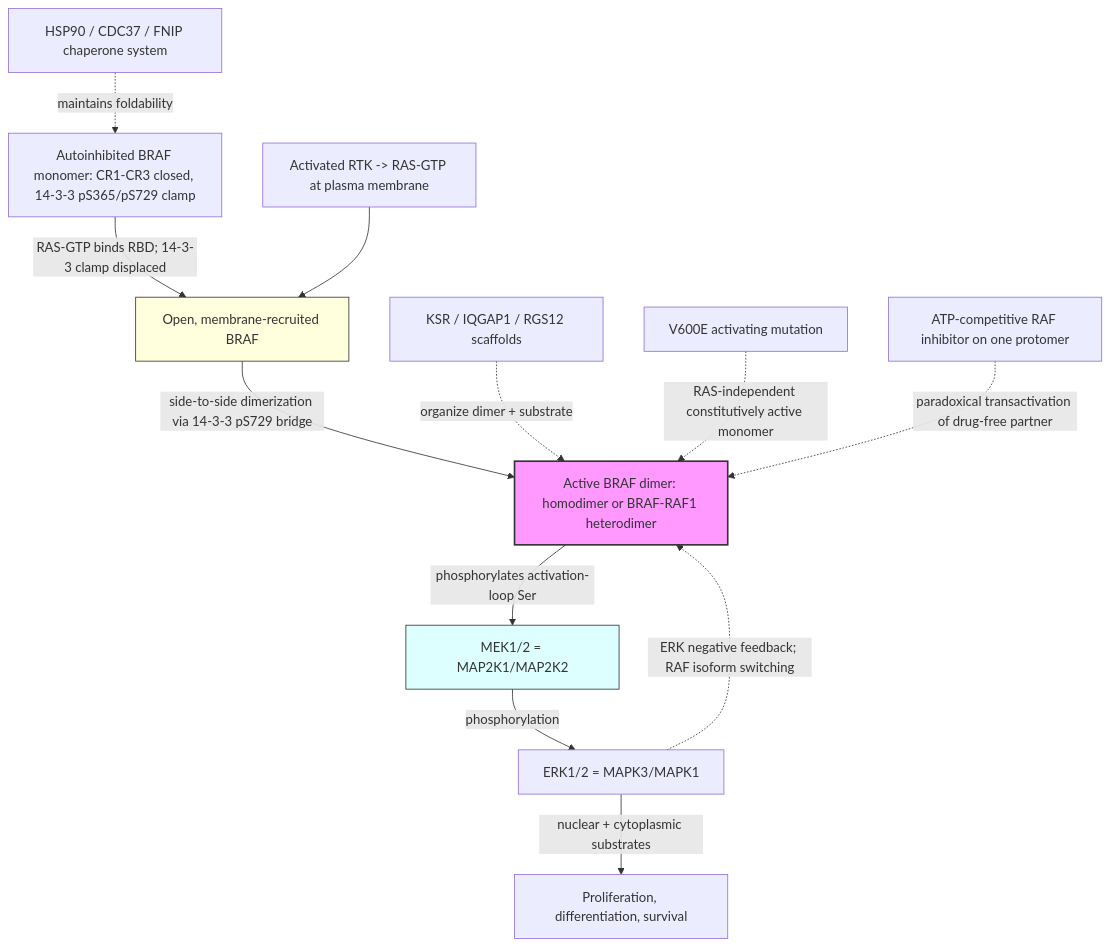
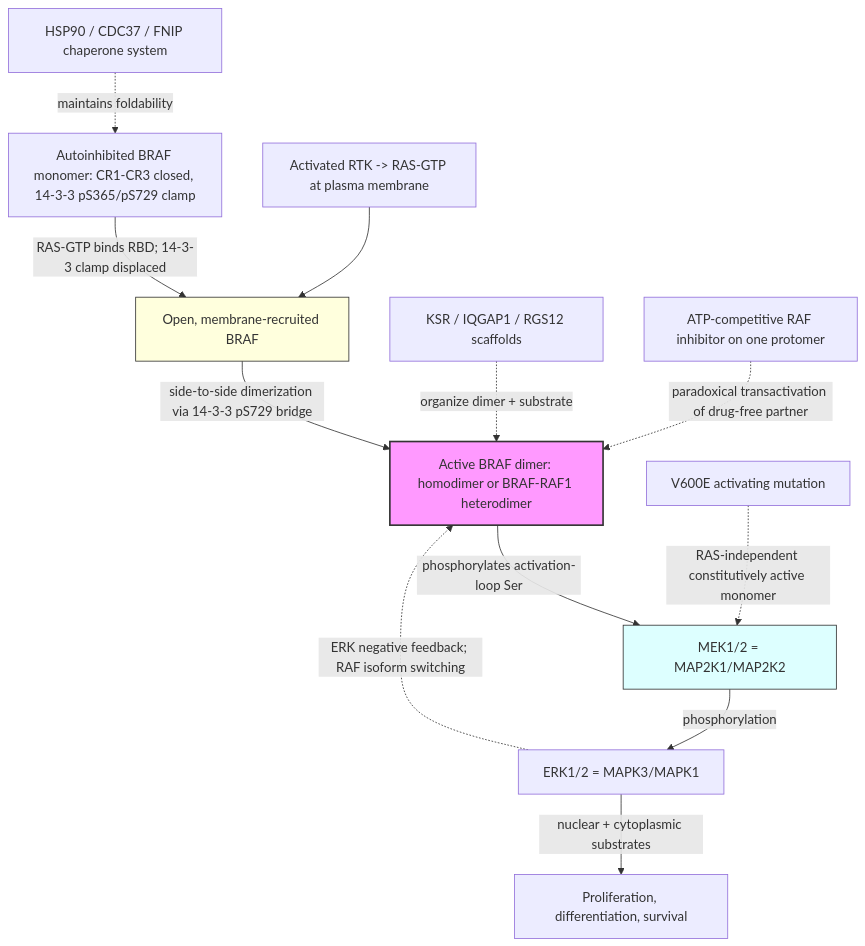
One commit to ai4curation/ai-gene-review changed the diagram in genes/human/BRAF/BRAF-pathway.md. Above: the diagram before and after it, drawn with Mermaid. The commit also changed other lines of this file, not shown here.

First line of the commit message:
BRAF pathway: drop misapplied PMID:16888650; fix V600E mermaid target (#344)

````diff
--- a/genes/human/BRAF/BRAF-pathway.md
+++ b/genes/human/BRAF/BRAF-pathway.md
@@ -22,22 +22,22 @@
 ```mermaid
 graph TD
     A["Autoinhibited BRAF monomer: CR1-CR3 closed, 14-3-3 pS365/pS729 clamp"] -->|"RAS-GTP binds RBD; 14-3-3 clamp displaced"| B["Open, membrane-recruited BRAF"]
 
     C["Activated RTK -> RAS-GTP at plasma membrane"] --> B
     D["HSP90 / CDC37 / FNIP chaperone system"] -.->|"maintains foldability"| A
 
     B -->|"side-to-side dimerization via 14-3-3 pS729 bridge"| E["Active BRAF dimer: homodimer or BRAF-RAF1 heterodimer"]
     F["KSR / IQGAP1 / RGS12 scaffolds"] -.->|"organize dimer + substrate"| E
 
     E -->|"phosphorylates activation-loop Ser"| G["MEK1/2 = MAP2K1/MAP2K2"]
     G -->|"phosphorylation"| H["ERK1/2 = MAPK3/MAPK1"]
     H -->|"nuclear + cytoplasmic substrates"| I["Proliferation, differentiation, survival"]
 
     H -.->|"ERK negative feedback; RAF isoform switching"| E
-    J["V600E activating mutation"] -.->|"RAS-independent constitutively active monomer"| E
+    J["V600E activating mutation"] -.->|"RAS-independent constitutively active monomer"| G
     K["ATP-competitive RAF inhibitor on one protomer"] -.->|"paradoxical transactivation of drug-free partner"| E
 
     style E fill:#f9f,stroke:#333,stroke-width:2px
     style B fill:#ffd,stroke:#333,stroke-width:1px
     style G fill:#dff,stroke:#333,stroke-width:1px
 ```
````
